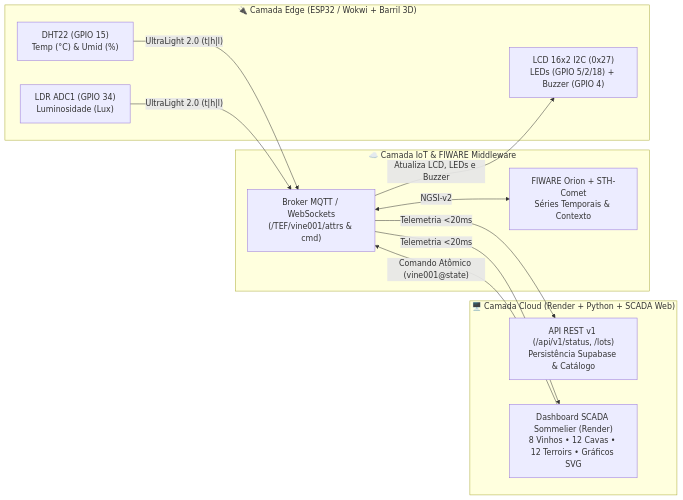
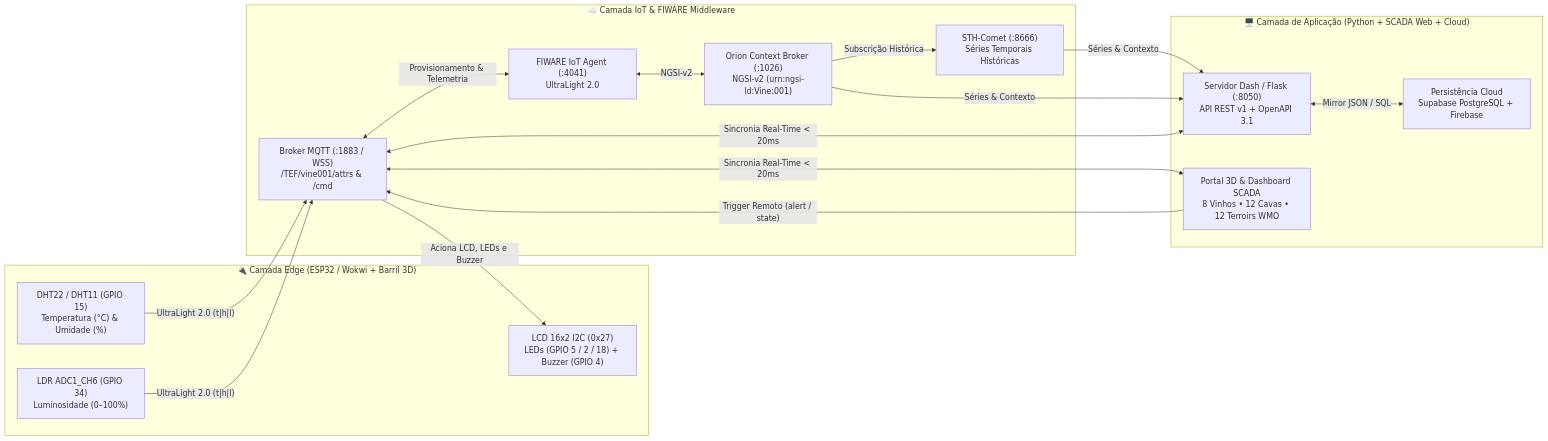
Before and after one commit to six01010101010101/vinheria-fiware-esp32: the first of 2 diagrams in README.md, drawn with Mermaid. The commit also changed other lines of this file and 54 other files, not shown here.

First line of the commit message:
feat(iot-scada): integrar telemetria satelite 15 terroirs, buzzer wokwi em estado critico, barras percentuais e boletim telegram 5min

````diff
--- a/README.md
+++ b/README.md
@@ -41,24 +98,31 @@
 ```mermaid
 flowchart LR
     subgraph EDGE["🔌 Camada Edge (ESP32 / Wokwi + Barril 3D)"]
-        S1["DHT22 (GPIO 15)<br/>Temp (°C) & Umid (%)"]
-        S2["LDR ADC1 (GPIO 34)<br/>Luminosidade (Lux)"]
-        ACT["LCD 16x2 I2C (0x27)<br/>LEDs (GPIO 5/2/18) + Buzzer (GPIO 4)"]
+        S1["DHT22 / DHT11 (GPIO 15)<br/>Temperatura (°C) & Umidade (%)"]
+        S2["LDR ADC1_CH6 (GPIO 34)<br/>Luminosidade (0–100%)"]
+        ACT["LCD 16x2 I2C (0x27)<br/>LEDs (GPIO 5 / 2 / 18) + Buzzer (GPIO 4)"]
     end
 
     subgraph BROKER["☁️ Camada IoT & FIWARE Middleware"]
-        MQTT["Broker MQTT / WebSockets<br/>(/TEF/vine001/attrs & cmd)"]
-        ORION["FIWARE Orion + STH-Comet<br/>Séries Temporais & Contexto"]
+        MQTT["Broker MQTT (:1883 / WSS)<br/>/TEF/vine001/attrs & /cmd"]
+        IOT["FIWARE IoT Agent (:4041)<br/>UltraLight 2.0"]
+        ORION["Orion Context Broker (:1026)<br/>NGSI-v2 (urn:ngsi-ld:Vine:001)"]
+        STH["STH-Comet (:8666)<br/>Séries Temporais Históricas"]
     end
 
-    subgraph APP["🖥️ Camada Cloud (Render + Python + SCADA Web)"]
-        API["API REST v1 (/api/v1/status, /lots)<br/>Persistência Supabase & Catálogo"]
-        UI["Dashboard SCADA Sommelier (Render)<br/>8 Vinhos • 12 Cavas • 12 Terroirs • Gráficos SVG"]
+    subgraph APP["🖥️ Camada de Aplicação (Python + SCADA Web + Cloud)"]
+        API["Servidor Dash / Flask (:8050)<br/>API REST v1 + OpenAPI 3.1"]
+        UI["Portal 3D & Dashboard SCADA<br/>8 Vinhos • 12 Cavas • 12 Terroirs WMO"]
+        CLOUD["Persistência Cloud<br/>Supabase PostgreSQL + Firebase"]
     end
 
     S1 & S2 -->|"UltraLight 2.0 (t|h|l)"| MQTT
-    MQTT <-->|"NGSI-v2"| ORION
-    MQTT -->|"Telemetria <20ms"| UI & API
-    UI -->|"Comando Atômico (vine001@state)"| MQTT
-    MQTT -->|"Atualiza LCD, LEDs e Buzzer"| ACT
+    MQTT <-->|" Provisionamento & Telemetria "| IOT
+    IOT <-->|"NGSI-v2"| ORION
+    ORION -->|"Subscrição Histórica"| STH
+    STH & ORION -->|"Séries & Contexto"| API
+    MQTT <-->|"Sincronia Real-Time < 20ms"| UI & API
+    API <-->|"Mirror JSON / SQL"| CLOUD
+    UI -->|"Trigger Remoto (alert / state)"| MQTT
+    MQTT -->|"Aciona LCD, LEDs e Buzzer"| ACT
 ```
````
